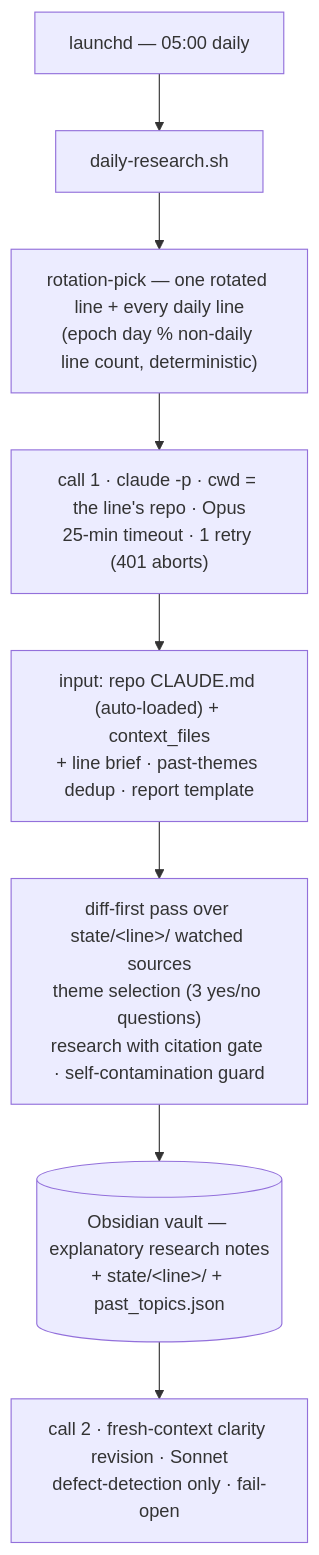
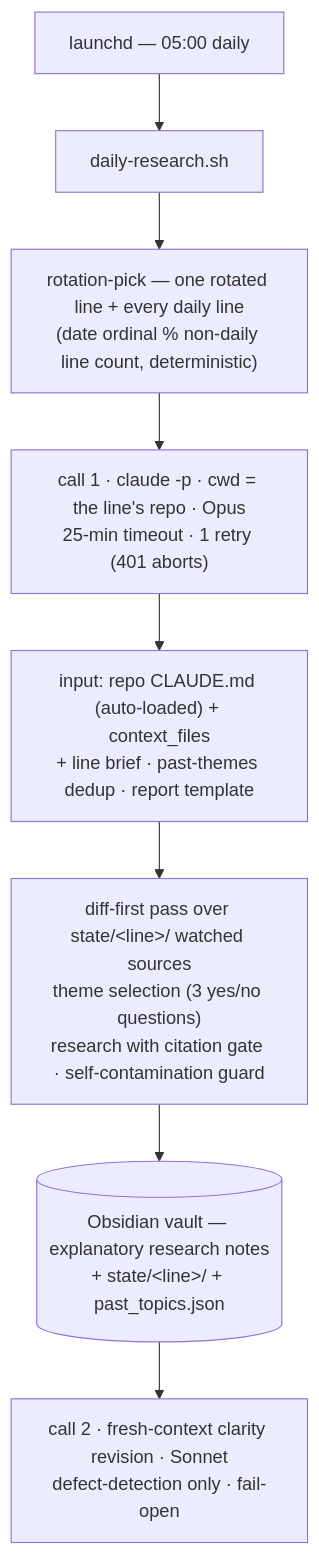
Before and after one commit to shimo4228/daily-research: the diagram in README.md, drawn with Mermaid. The commit also changed other lines of this file and 21 other files, not shown here.

````diff
--- a/README.md
+++ b/README.md
@@ -15,10 +15,10 @@
 ```mermaid
 flowchart TD
     cron["launchd — 05:00 daily"] --> orch["daily-research.sh"]
-    orch --> pick["rotation-pick — one rotated line + every daily line<br/>(epoch day % non-daily line count, deterministic)"]
+    orch --> pick["rotation-pick — one rotated line + every daily line<br/>(date ordinal % non-daily line count, deterministic)"]
     pick --> loop["call 1 · claude -p · cwd = the line's repo · Opus<br/>25-min timeout · 1 retry (401 aborts)"]
     loop --> ctx["input: repo CLAUDE.md (auto-loaded) + context_files<br/>+ line brief · past-themes dedup · report template"]
     ctx --> run["diff-first pass over state/&lt;line&gt;/ watched sources<br/>theme selection (3 yes/no questions)<br/>research with citation gate · self-contamination guard"]
     run --> out[("Obsidian vault — explanatory research notes<br/>+ state/&lt;line&gt;/ + past_topics.json")]
     out --> clarity["call 2 · fresh-context clarity revision · Sonnet<br/>defect-detection only · fail-open"]
 ```
````
